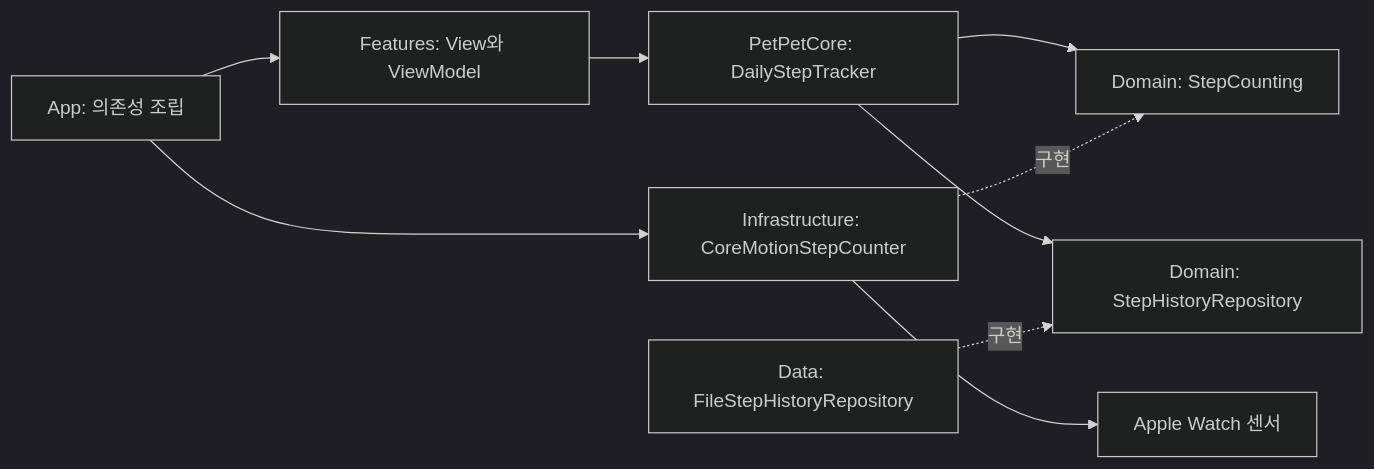
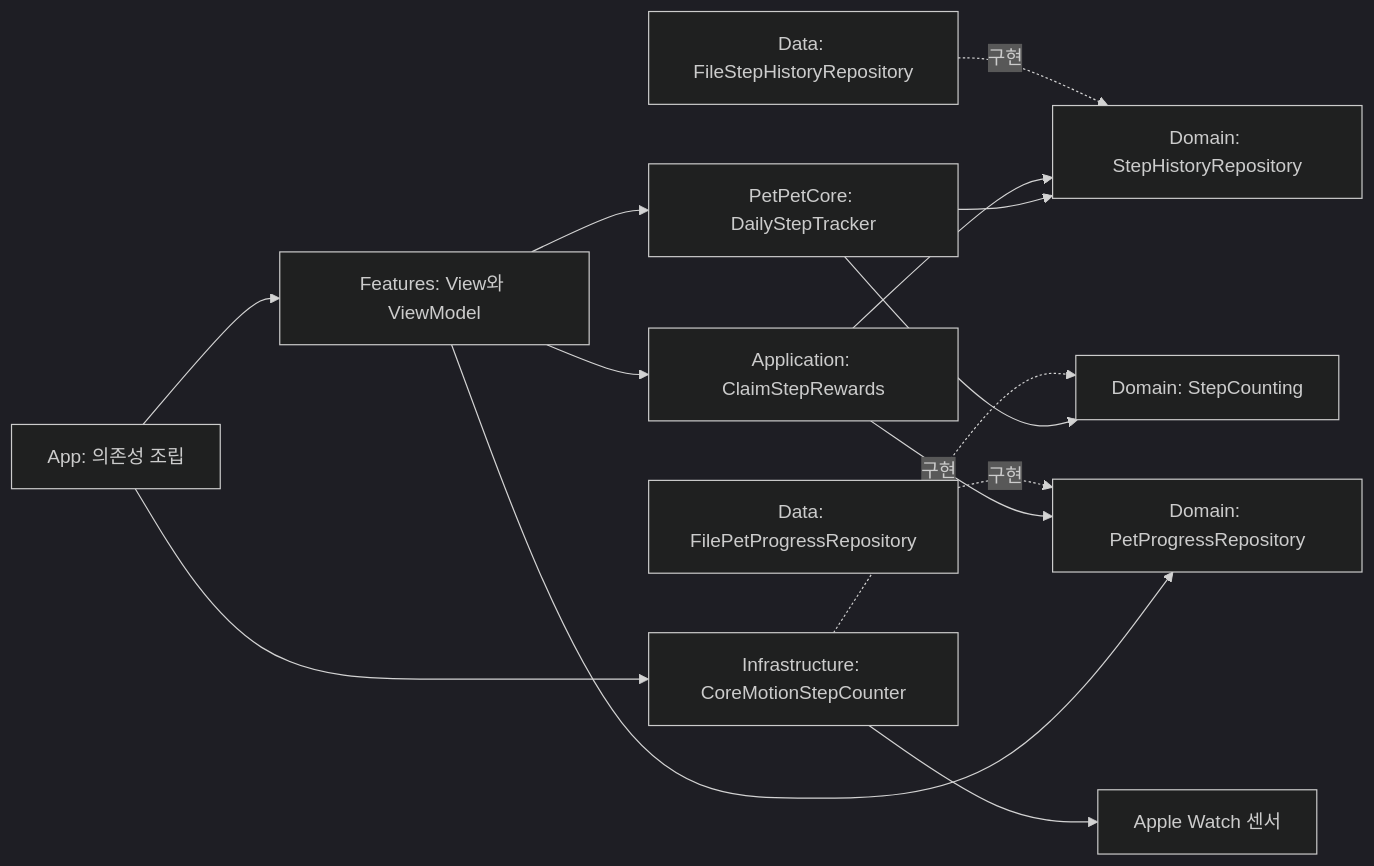
The diagram in Docs/Architecture.md (calmkeen/Petpet), drawn with Mermaid (dark theme) before and after one commit. The commit also changed other lines of this file and 15 other files, not shown here.

````diff
--- a/Docs/Architecture.md
+++ b/Docs/Architecture.md
@@ -27,11 +29,16 @@
 ```mermaid
 flowchart LR
   App[App: 의존성 조립] --> UI[Features: View와 ViewModel]
   UI --> Session[PetPetCore: DailyStepTracker]
   Session --> Port[Domain: StepCounting]
   Session --> Store[Domain: StepHistoryRepository]
+  UI --> Progress[Domain: PetProgressRepository]
+  UI --> Claim[Application: ClaimStepRewards]
+  Claim --> Store
+  Claim --> Progress
+  PetFile[Data: FilePetProgressRepository] -. 구현 .-> Progress
   File[Data: FileStepHistoryRepository] -. 구현 .-> Store
   Motion[Infrastructure: CoreMotionStepCounter] -. 구현 .-> Port
   App --> Motion
   Motion --> Sensor[Apple Watch 센서]
 ```
````
